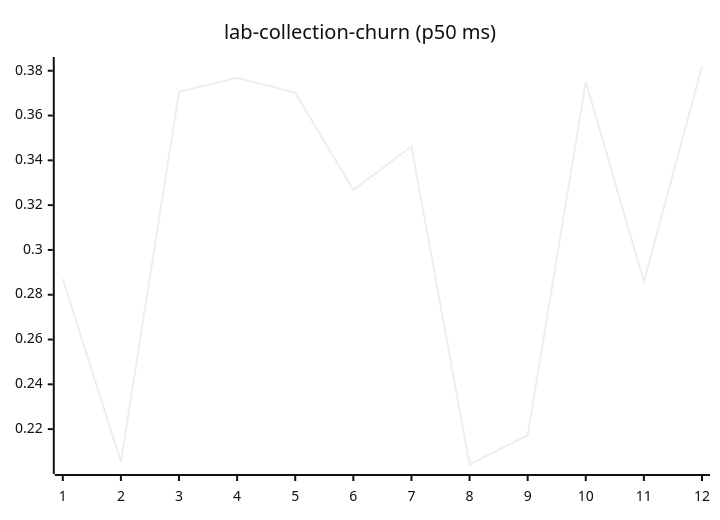
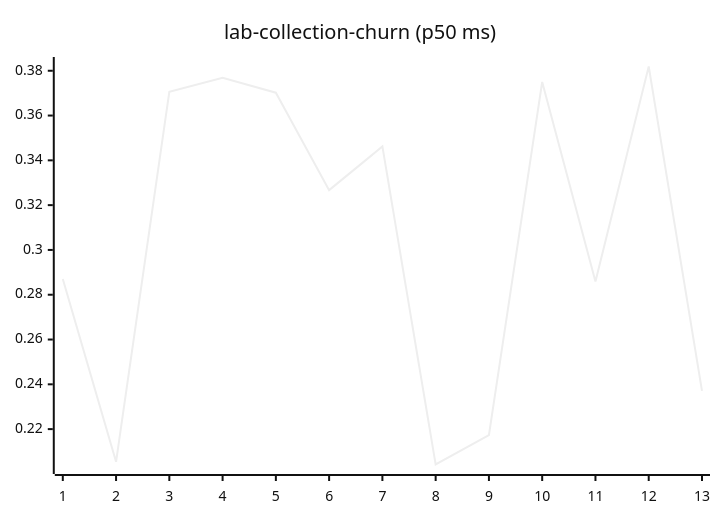
Before and after one commit to josha/Facet: diagram 11 of 27 in README.md, drawn with Mermaid (neutral theme). The commit also changed other lines of this file and 2 other files, not shown here.

````diff
--- a/README.md
+++ b/README.md
@@ -133,6 +133,6 @@
 ```mermaid
 xychart-beta
     title "lab-collection-churn (p50 ms)"
-    x-axis 1 --> 12
-    line [0.2870, 0.2054, 0.3706, 0.3769, 0.3702, 0.3267, 0.3462, 0.2042, 0.2173, 0.3750, 0.2859, 0.3819]
+    x-axis 1 --> 13
+    line [0.2870, 0.2054, 0.3706, 0.3769, 0.3702, 0.3267, 0.3462, 0.2042, 0.2173, 0.3750, 0.2859, 0.3819, 0.2371]
 ```
````
